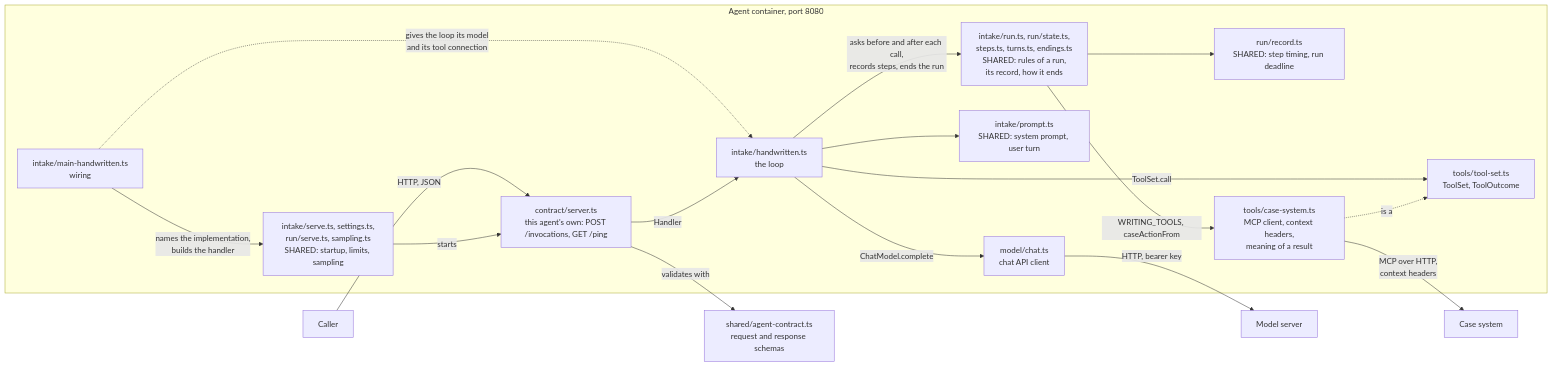
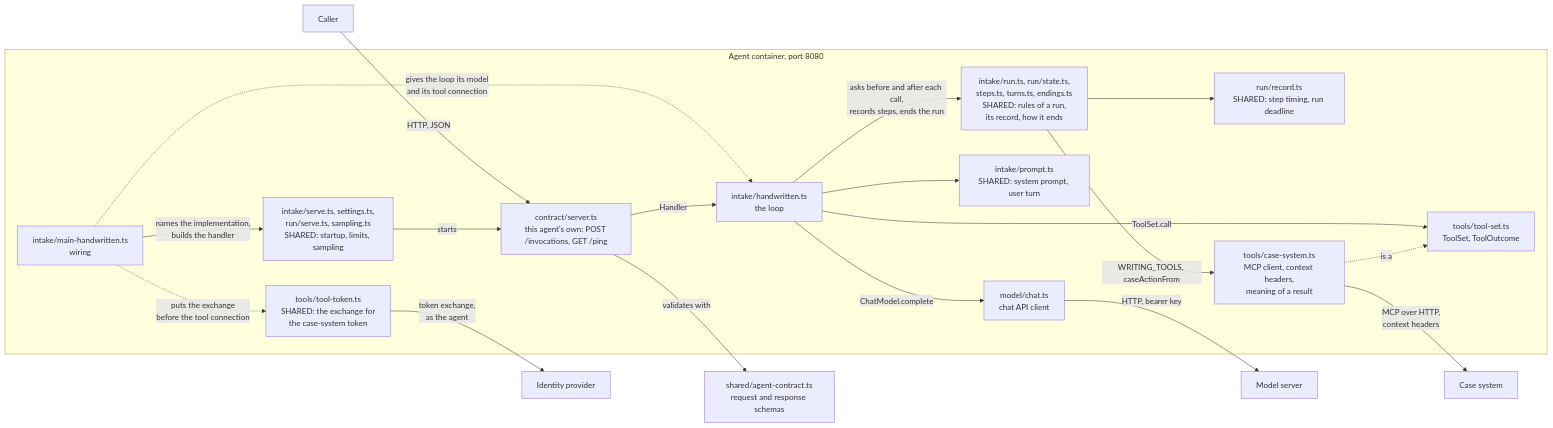
Before and after one commit to AndrewPHunter/ai-on-aws: the first of 4 diagrams in docs/architecture/intake-agent-handwritten.md, drawn with Mermaid. The commit also changed other lines of this file and 19 other files, not shown here.

First line of the commit message:
Identity: the agents exchange the token they are called with for one meant for their tool server

````diff
--- a/docs/architecture/intake-agent-handwritten.md
+++ b/docs/architecture/intake-agent-handwritten.md
@@ -23,37 +24,41 @@
 ```mermaid
 flowchart LR
     Caller["Caller"]
 
     subgraph Agent["Agent container, port 8080"]
         Main["intake/main-handwritten.ts<br/>wiring"]
         Serve["intake/serve.ts, settings.ts,<br/>run/serve.ts, sampling.ts<br/>SHARED: startup, limits, sampling"]
         Server["contract/server.ts<br/>this agent's own: POST /invocations, GET /ping"]
         Loop["intake/handwritten.ts<br/>the loop"]
         Run["intake/run.ts, run/state.ts,<br/>steps.ts, turns.ts, endings.ts<br/>SHARED: rules of a run,<br/>its record, how it ends"]
         Prompt["intake/prompt.ts<br/>SHARED: system prompt, user turn"]
         Record["run/record.ts<br/>SHARED: step timing, run deadline"]
         ToolSet["tools/tool-set.ts<br/>ToolSet, ToolOutcome"]
         CaseTools["tools/case-system.ts<br/>MCP client, context headers,<br/>meaning of a result"]
+        Exchange["tools/tool-token.ts<br/>SHARED: the exchange for<br/>the case-system token"]
         Chat["model/chat.ts<br/>chat API client"]
     end
 
     Contract["shared/agent-contract.ts<br/>request and response schemas"]
     Model["Model server"]
     Cases["Case system"]
+    Identity["Identity provider"]
 
     Caller -->|"HTTP, JSON"| Server
     Main -->|"names the implementation,<br/>builds the handler"| Serve
     Serve -->|"starts"| Server
     Main -. "gives the loop its model<br/>and its tool connection" .-> Loop
+    Main -. "puts the exchange<br/>before the tool connection" .-> Exchange
+    Exchange -->|"token exchange,<br/>as the agent"| Identity
     Server -->|"Handler"| Loop
     Loop --> Prompt
     Loop -->|"asks before and after each call,<br/>records steps, ends the run"| Run
     Run --> Record
     Loop -->|"ChatModel.complete"| Chat
     Loop -->|"ToolSet.call"| ToolSet
     CaseTools -. "is a" .-> ToolSet
     Run -->|"WRITING_TOOLS, caseActionFrom"| CaseTools
     Server -->|"validates with"| Contract
     Chat -->|"HTTP, bearer key"| Model
     CaseTools -->|"MCP over HTTP,<br/>context headers"| Cases
 ```
````
